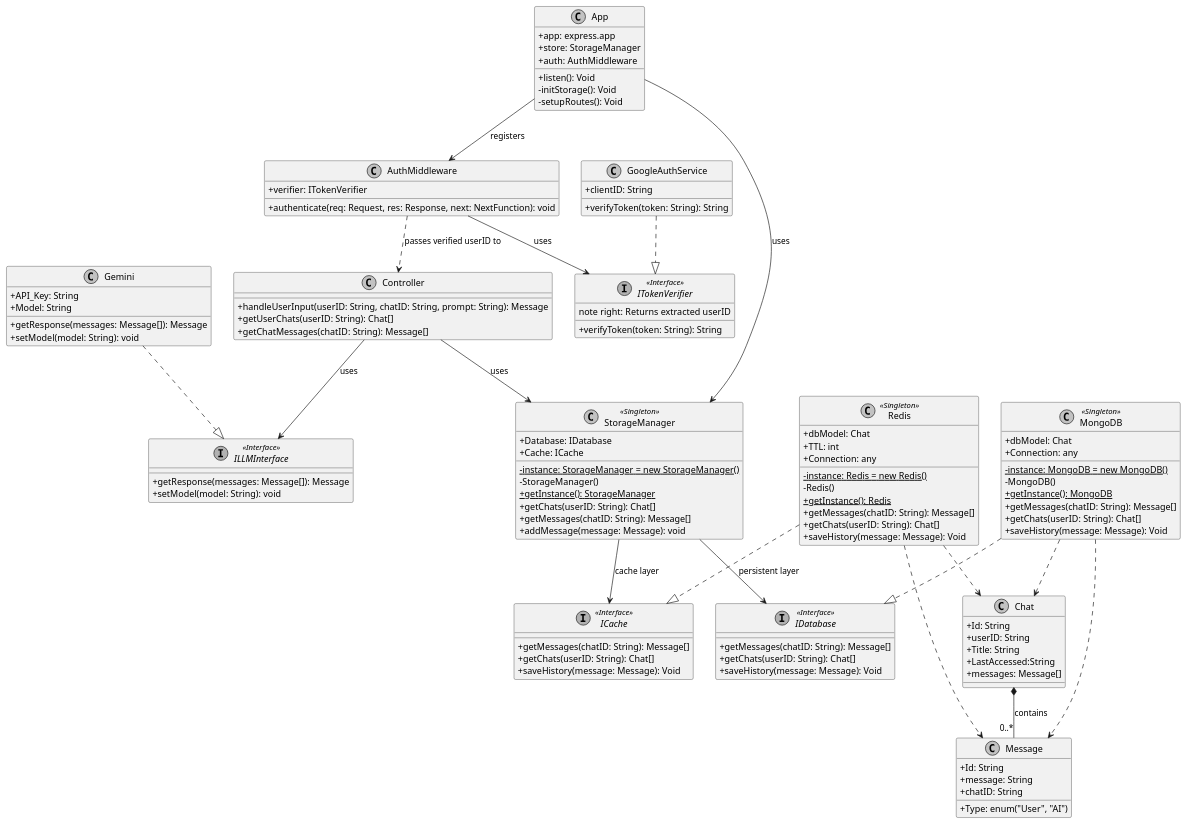
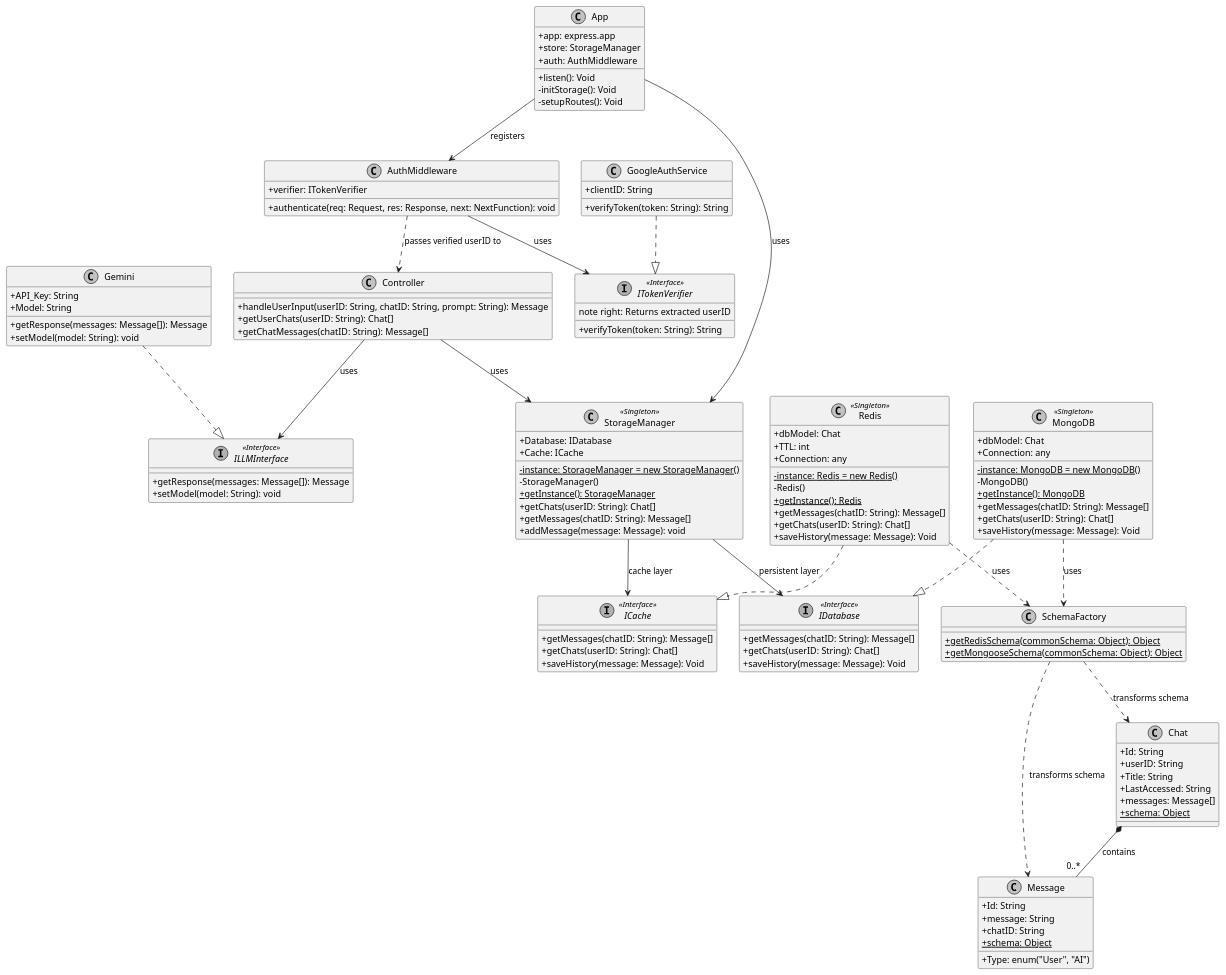
Before and after one commit to Kanishk-mittal/ChatBot: the diagram in Backend/Diagram.puml, drawn with PlantUML. The commit also changed 2 other files, not shown here.

Commit message:
feat (database) using factory design pattern for generating storage models

```diff
--- a/Backend/Diagram.puml
+++ b/Backend/Diagram.puml
@@ -1,149 +1,156 @@
 @startuml
 skinparam classAttributeIconSize 0
 skinparam monochrome true
 skinparam shadowing false
 
 ' --- Interfaces ---
 
 interface ILLMInterface <<Interface>> {
   + getResponse(messages: Message[]): Message
   + setModel(model: String): void
 }
 
 interface ICache <<Interface>> {
   + getMessages(chatID: String): Message[]
   + getChats(userID: String): Chat[]
   + saveHistory(message: Message): Void
 }
 
 interface IDatabase <<Interface>> {
   + getMessages(chatID: String): Message[]
   + getChats(userID: String): Chat[]
   + saveHistory(message: Message): Void
 }
 
 interface ITokenVerifier <<Interface>> {
   + verifyToken(token: String): String 
   note right: Returns extracted userID
 }
 
 ' --- Concrete Auth & Core Classes ---
 
 class GoogleAuthService {
   + clientID: String
   + verifyToken(token: String): String
 }
 
 class AuthMiddleware {
   + verifier: ITokenVerifier
   + authenticate(req: Request, res: Response, next: NextFunction): void
 }
 
 class App {
   + app: express.app
   + store: StorageManager
   + auth: AuthMiddleware
   + listen(): Void
   - initStorage(): Void
   - setupRoutes(): Void
 }
 
 class Controller {
   + handleUserInput(userID: String, chatID: String, prompt: String): Message
   + getUserChats(userID: String): Chat[]
   + getChatMessages(chatID: String): Message[]
 }
 
+class SchemaFactory {
+  + {static} getRedisSchema(commonSchema: Object): Object
+  + {static} getMongooseSchema(commonSchema: Object): Object
+}
+
 ' --- Singleton Managers & DBs ---
 
 class StorageManager <<Singleton>> {
   - {static} instance: StorageManager = new StorageManager()
   + Database: IDatabase
   + Cache: ICache
   - StorageManager()
   + {static} getInstance(): StorageManager
   + getChats(userID: String): Chat[]
   + getMessages(chatID: String): Message[]
   + addMessage(message: Message): void
 }
 
 class Redis <<Singleton>> {
   - {static} instance: Redis = new Redis()
   + dbModel: Chat
   + TTL: int
   + Connection: any
   - Redis()
   + {static} getInstance(): Redis
   + getMessages(chatID: String): Message[]
   + getChats(userID: String): Chat[]
   + saveHistory(message: Message): Void
 }
 
 class MongoDB <<Singleton>> {
   - {static} instance: MongoDB = new MongoDB()
   + dbModel: Chat
   + Connection: any
   - MongoDB()
   + {static} getInstance(): MongoDB
   + getMessages(chatID: String): Message[]
   + getChats(userID: String): Chat[]
   + saveHistory(message: Message): Void
 }
 
 ' --- External Services ---
 class Gemini {
   + API_Key: String
   + Model: String
   + getResponse(messages: Message[]): Message
   + setModel(model: String): void
 }
 
 ' --- Domain Models ---
 
 class Chat {
   + Id: String
   + userID: String
   + Title: String
-  + LastAccessed:String
+  + LastAccessed: String
   + messages: Message[]
+  + {static} schema: Object
 }
 
 class Message {
   + Id: String
   + Type: enum("User", "AI")
   + message: String
   + chatID: String
+  + {static} schema: Object
 }
 
 ' --- Relationships ---
 
 ' Interface Implementations 
 Gemini ..|> ILLMInterface
 Redis ..|> ICache
 MongoDB ..|> IDatabase
 GoogleAuthService ..|> ITokenVerifier
 
 ' Auth Flow
 App --> AuthMiddleware : registers
 AuthMiddleware --> ITokenVerifier : uses
 AuthMiddleware ..> Controller : passes verified userID to
 
 ' Controller Associations
 Controller --> ILLMInterface : uses
 Controller --> StorageManager : uses
 
 ' App and Storage Associations
 App --> StorageManager : uses
 StorageManager --> ICache : cache layer
 StorageManager --> IDatabase : persistent layer
 
+' Schema Factory usage
+Redis ..> SchemaFactory : uses
+MongoDB ..> SchemaFactory : uses
+SchemaFactory ..> Chat : transforms schema
+SchemaFactory ..> Message : transforms schema
+
 ' Composition 
 Chat *-- "0..*" Message : contains
 
-' Dependencies 
-Redis ..> Chat
-Redis ..> Message
-MongoDB ..> Chat
-MongoDB ..> Message
-
 @enduml
```
